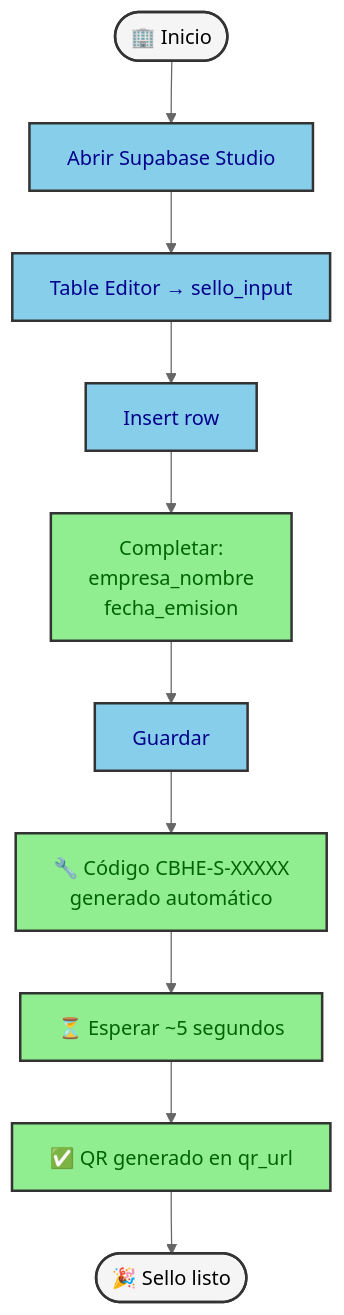
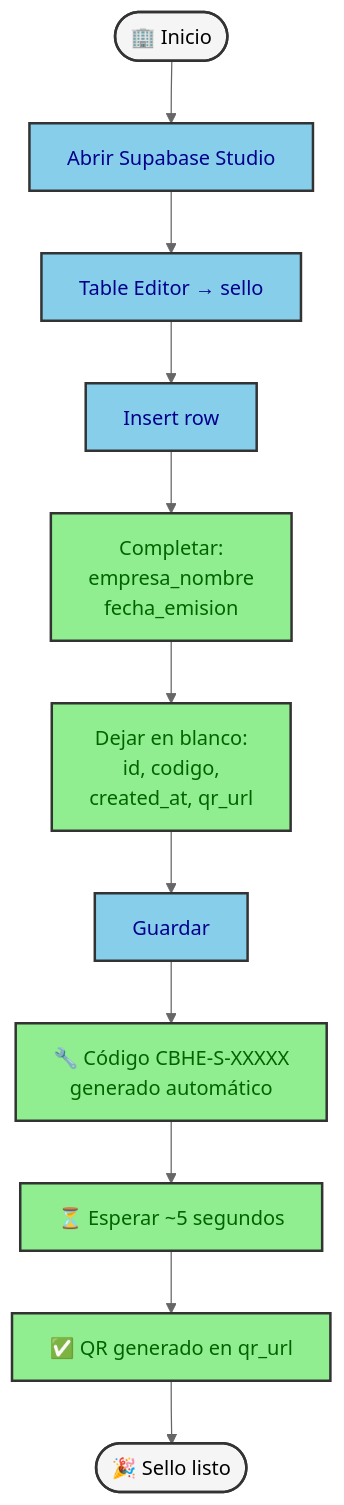
The second of 5 diagrams in GUIA-CERTIFICADOS.md (vincentiwadsworth/cbhe-web), drawn with Mermaid (neutral theme) before and after one commit. The commit also changed other lines of this file and 3 other files, not shown here.

First line of the commit message:
fix(certificados): drop _input views + update docs for direct table insert

````diff
--- a/GUIA-CERTIFICADOS.md
+++ b/GUIA-CERTIFICADOS.md
@@ -63,20 +63,21 @@
 ```mermaid
 flowchart TD
   Start([🏢 Inicio]) --> Login[Abrir Supabase Studio]
-  Login -->   TableEditor[Table Editor → sello_input]
+  Login -->   TableEditor[Table Editor → sello]
   TableEditor --> Insert[Insert row]
   Insert --> FillFields["Completar:<br/>empresa_nombre<br/>fecha_emision"]
-  FillFields --> Save[Guardar]
+  FillFields --> Skip["Dejar en blanco:<br/>id, codigo,<br/>created_at, qr_url"]
+  Skip --> Save[Guardar]
   Save --> AutoCode["🔧 Código CBHE-S-XXXXX<br/>generado automático"]
   AutoCode --> Wait["⏳ Esperar ~5 segundos"]
   Wait --> QRReady["✅ QR generado en qr_url"]
   QRReady --> Done([🎉 Sello listo])
 
   classDef primary fill:#90EE90,stroke:#333,stroke-width:2px,color:darkgreen
   classDef secondary fill:#87CEEB,stroke:#333,stroke-width:2px,color:darkblue
   classDef terminal fill:#F5F5F5,stroke:#333,stroke-width:2px,color:black
 
   class Start,Done terminal
   class Login,TableEditor,Insert,Save secondary
-  class FillFields,AutoCode,Wait,QRReady primary
+  class FillFields,Skip,AutoCode,Wait,QRReady primary
 ```
````
